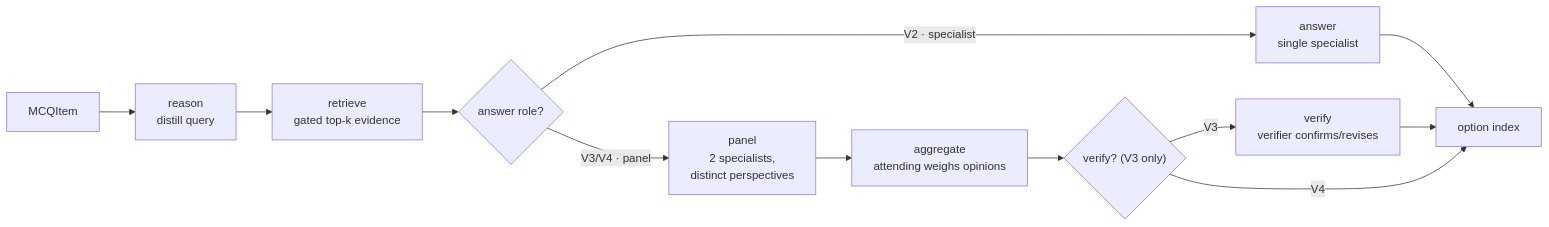
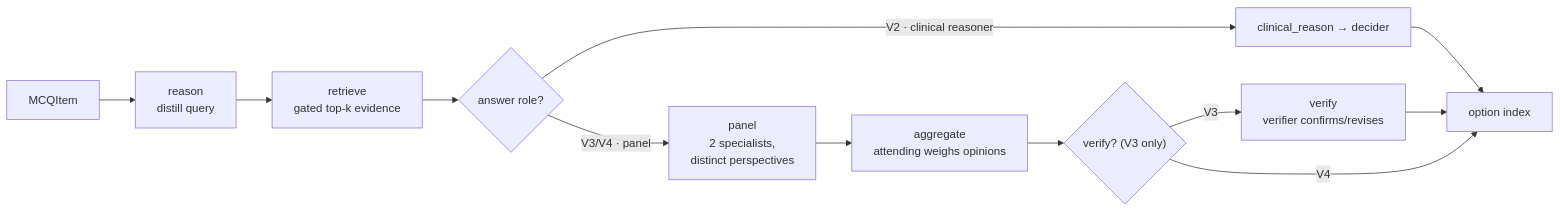
The fourth of 5 diagrams in docs/ARCHITECTURE.md (tigonguyen/langgraph-agent-hospital), drawn with Mermaid before and after one commit. The commit also changed other lines of this file and 2 other files, not shown here.

First line of the commit message:
docs: record answer+explanation design across all docs

````diff
--- a/docs/ARCHITECTURE.md
+++ b/docs/ARCHITECTURE.md
@@ -141,14 +147,14 @@
 ```mermaid
 flowchart LR
     q["MCQItem"] --> rz["reason<br/>distill query"]
     rz --> rt["retrieve<br/>gated top-k evidence"]
     rt --> br{answer role?}
-    br -->|"V2 · specialist"| sp["answer<br/>single specialist"]
+    br -->|"V2 · clinical reasoner"| sp["clinical_reason → decider"]
     br -->|"V3/V4 · panel"| pn["panel<br/>2 specialists,<br/>distinct perspectives"]
     pn --> ag["aggregate<br/>attending weighs opinions"]
     ag --> vf{"verify? (V3 only)"}
     vf -->|V3| vr["verify<br/>verifier confirms/revises"]
     vf -->|V4| out["option index"]
     sp --> out
     vr --> out
 ```
````
